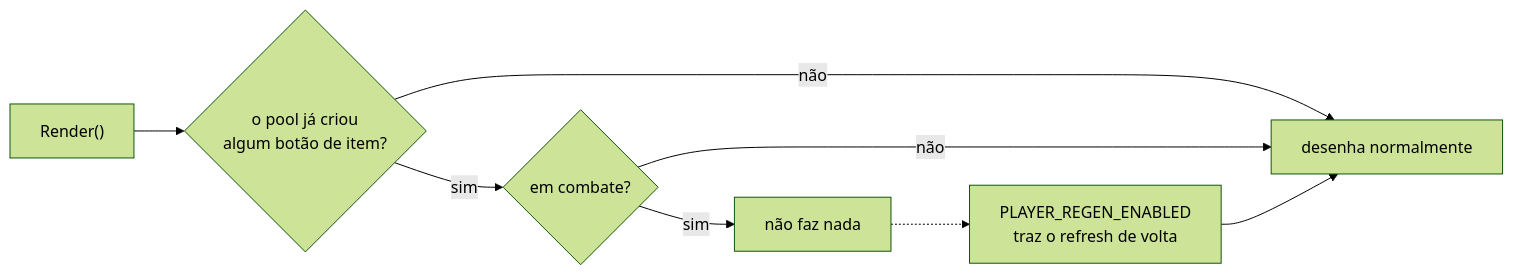
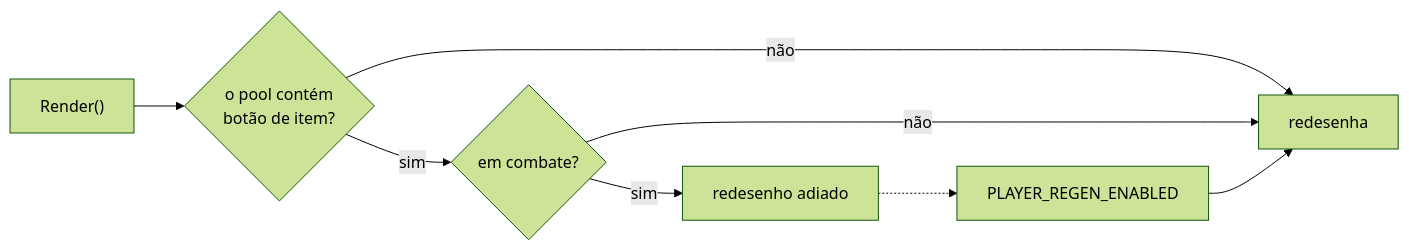
One commit to lucascodev/aura-questor changed the fourth of 4 diagrams in docs/fluxo.md. Above: the diagram before and after it, drawn with Mermaid (forest theme). The commit also changed other lines of this file and 6 other files, not shown here.

````diff
--- a/docs/fluxo.md
+++ b/docs/fluxo.md
@@ -114,10 +114,10 @@
 ```mermaid
 flowchart LR
-    Refresh["Render()"] --> Check{"o pool já criou<br/>algum botão de item?"}
-    Check -->|não| Draw["desenha normalmente"]
+    Refresh["Render()"] --> Check{"o pool contém<br/>botão de item?"}
+    Check -->|não| Draw["redesenha"]
     Check -->|sim| Combat{"em combate?"}
     Combat -->|não| Draw
-    Combat -->|sim| Skip["não faz nada"]
-    Skip -.-> Regen["PLAYER_REGEN_ENABLED<br/>traz o refresh de volta"]
+    Combat -->|sim| Skip["redesenho adiado"]
+    Skip -.-> Regen["PLAYER_REGEN_ENABLED"]
     Regen --> Draw
 ```
````
